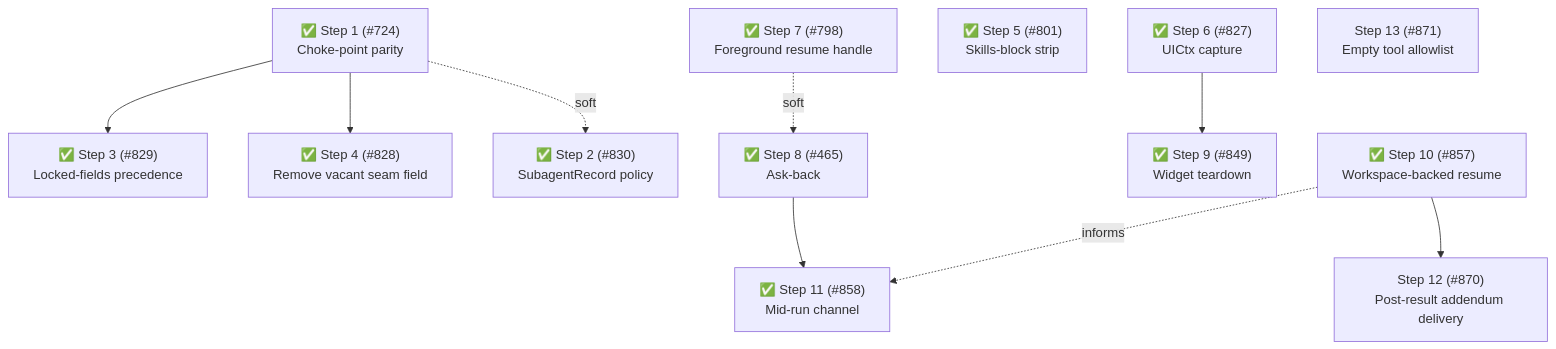
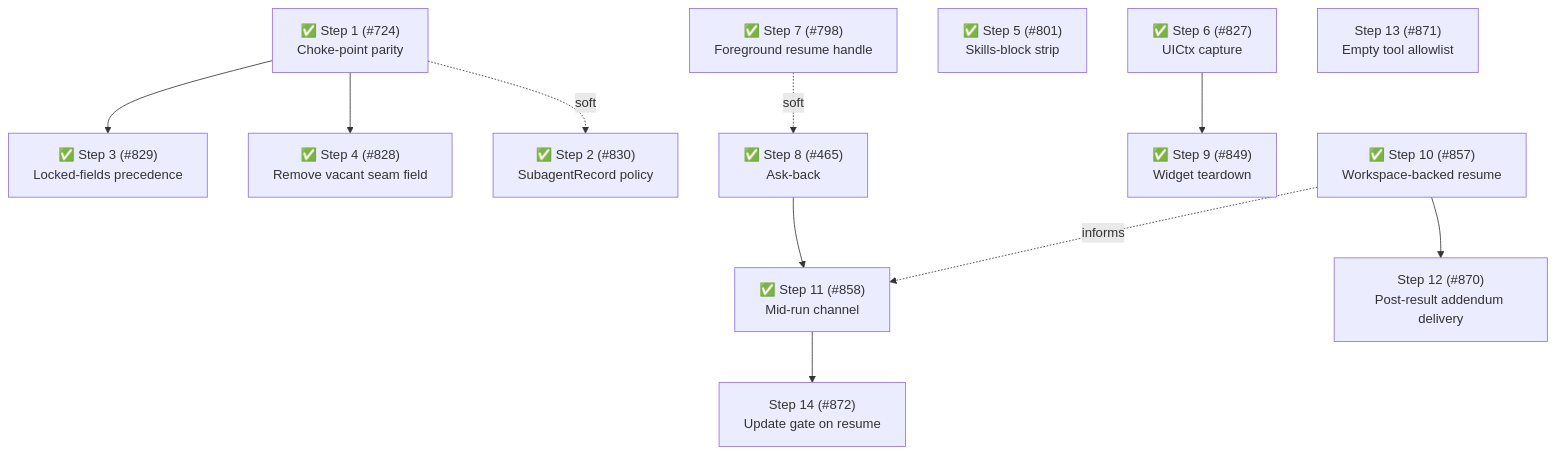
The sixth of 6 diagrams in packages/pi-subagents/docs/architecture/architecture.md (gotgenes/pi-packages), drawn with Mermaid before and after one commit. The commit also changed other lines of this file, not shown here.

````diff
--- a/packages/pi-subagents/docs/architecture/architecture.md
+++ b/packages/pi-subagents/docs/architecture/architecture.md
@@ -1101,13 +1120,14 @@
 ```mermaid
 flowchart TD
     S1["✅ Step 1 (#724)<br/>Choke-point parity"] --> S3["✅ Step 3 (#829)<br/>Locked-fields precedence"]
     S1 --> S4["✅ Step 4 (#828)<br/>Remove vacant seam field"]
     S1 -.soft.-> S2["✅ Step 2 (#830)<br/>SubagentRecord policy"]
     S7["✅ Step 7 (#798)<br/>Foreground resume handle"] -.soft.-> S8["✅ Step 8 (#465)<br/>Ask-back"]
     S5["✅ Step 5 (#801)<br/>Skills-block strip"]
     S6["✅ Step 6 (#827)<br/>UICtx capture"] --> S9["✅ Step 9 (#849)<br/>Widget teardown"]
     S8 --> S11["✅ Step 11 (#858)<br/>Mid-run channel"]
     S10["✅ Step 10 (#857)<br/>Workspace-backed resume"] -.informs.-> S11
     S10 --> S12["Step 12 (#870)<br/>Post-result addendum delivery"]
+    S11 --> S14["Step 14 (#872)<br/>Update gate on resume"]
     S13["Step 13 (#871)<br/>Empty tool allowlist"]
 ```
````
